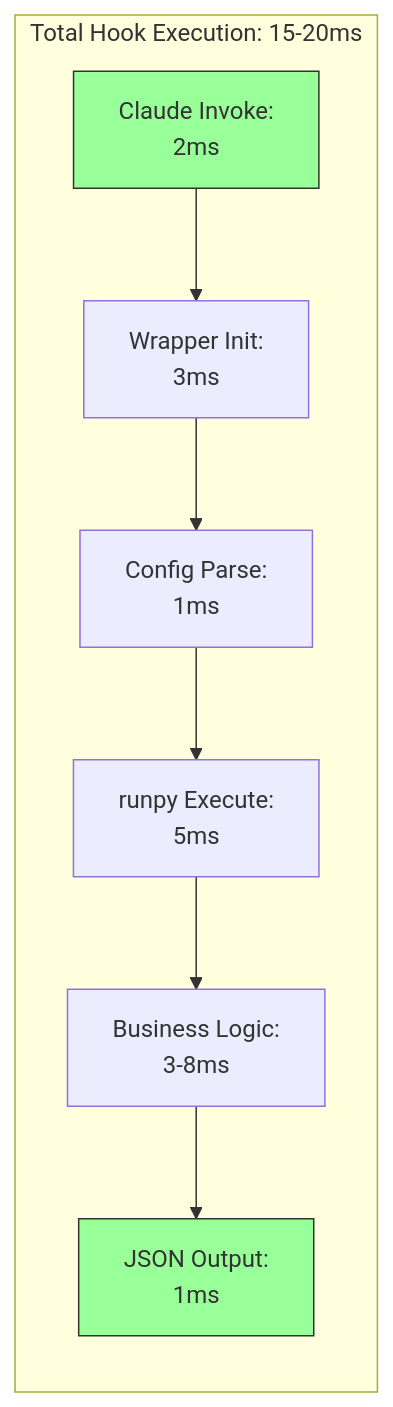
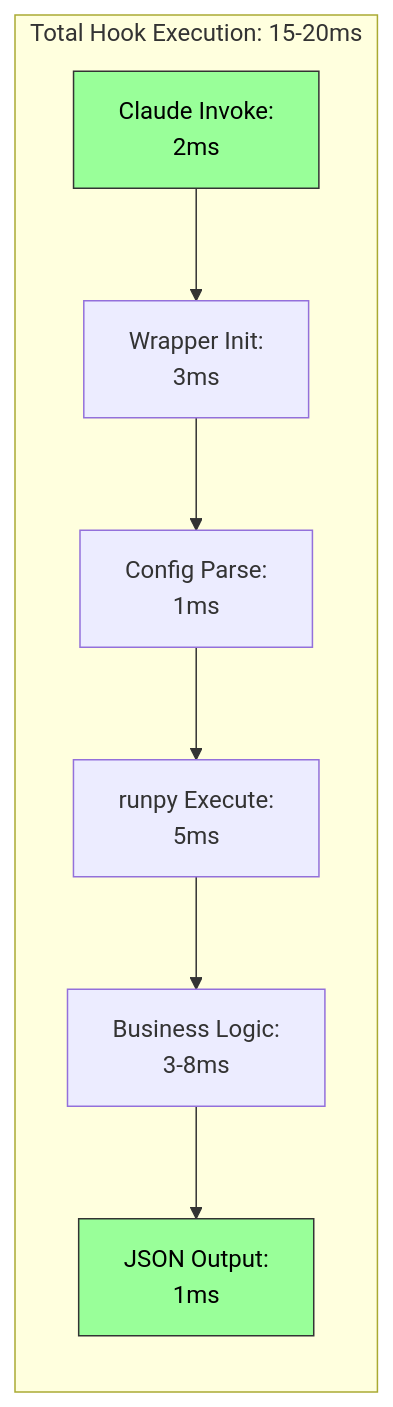
Before and after one commit to AgentParadise/agentic-primitives: diagram 11 of 12 in docs/architecture/hooks-system-overview.md, drawn with Mermaid. The commit also changed other lines of this file and 56 other files, not shown here.

First line of the commit message:
feat(hooks): implement self-logging analytics architecture

````diff
--- a/docs/architecture/hooks-system-overview.md
+++ b/docs/architecture/hooks-system-overview.md
@@ -339,13 +341,13 @@
 ```mermaid
 graph LR
     subgraph "Total Hook Execution: 15-20ms"
         A[Claude Invoke:<br/>2ms] --> B[Wrapper Init:<br/>3ms]
         B --> C[Config Parse:<br/>1ms]
         C --> D[runpy Execute:<br/>5ms]
         D --> E[Business Logic:<br/>3-8ms]
         E --> F[JSON Output:<br/>1ms]
     end
     
-    style A fill:#9f9,stroke:#333
-    style F fill:#9f9,stroke:#333
+    style A fill:#9f9,stroke:#333,color:#000
+    style F fill:#9f9,stroke:#333,color:#000
 ```
````
